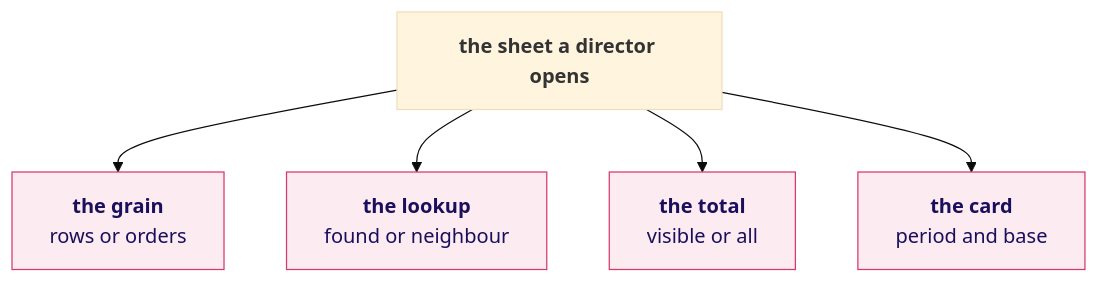
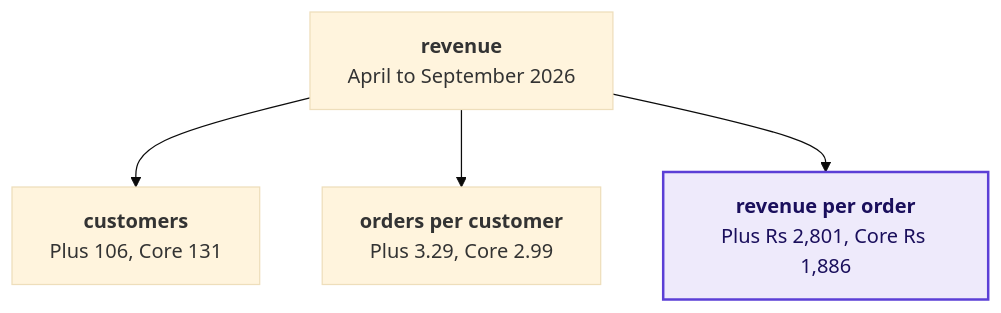
The second of 9 diagrams in content/W02/D5/whiteboards/C2_W02_D05_board_STUDENT.md (fde-academy-lab/c2-content-factory), drawn with Mermaid (base theme) before and after one commit. The commit also changed other lines of this file and 4 other files, not shown here.

````diff
--- a/content/W02/D5/whiteboards/C2_W02_D05_board_STUDENT.md
+++ b/content/W02/D5/whiteboards/C2_W02_D05_board_STUDENT.md
@@ -25,9 +32,8 @@
 ```mermaid
 flowchart TB
-    S["<b>the sheet a director opens</b>"] --> G["<b>the grain</b><br/>rows or orders"]
-    S --> L["<b>the lookup</b><br/>found or neighbour"]
-    S --> V["<b>the total</b><br/>visible or all"]
-    S --> C["<b>the card</b><br/>period and base"]
-    classDef bad fill:#FCEBF0,stroke:#D63A6A,color:#1A0F5C
-    class G,L,V,C bad
+    R["<b>revenue</b><br/>April to September 2026"] --> C["<b>customers</b><br/>Plus 106, Core 131"]
+    R --> F["<b>orders per customer</b><br/>Plus 3.29, Core 2.99"]
+    R --> B["<b>revenue per order</b><br/>Plus Rs 2,801, Core Rs 1,886"]
+    classDef known fill:#EEEAFB,stroke:#5B3FD6,color:#1A0F5C,stroke-width:2px
+    class B known
 ```
````
